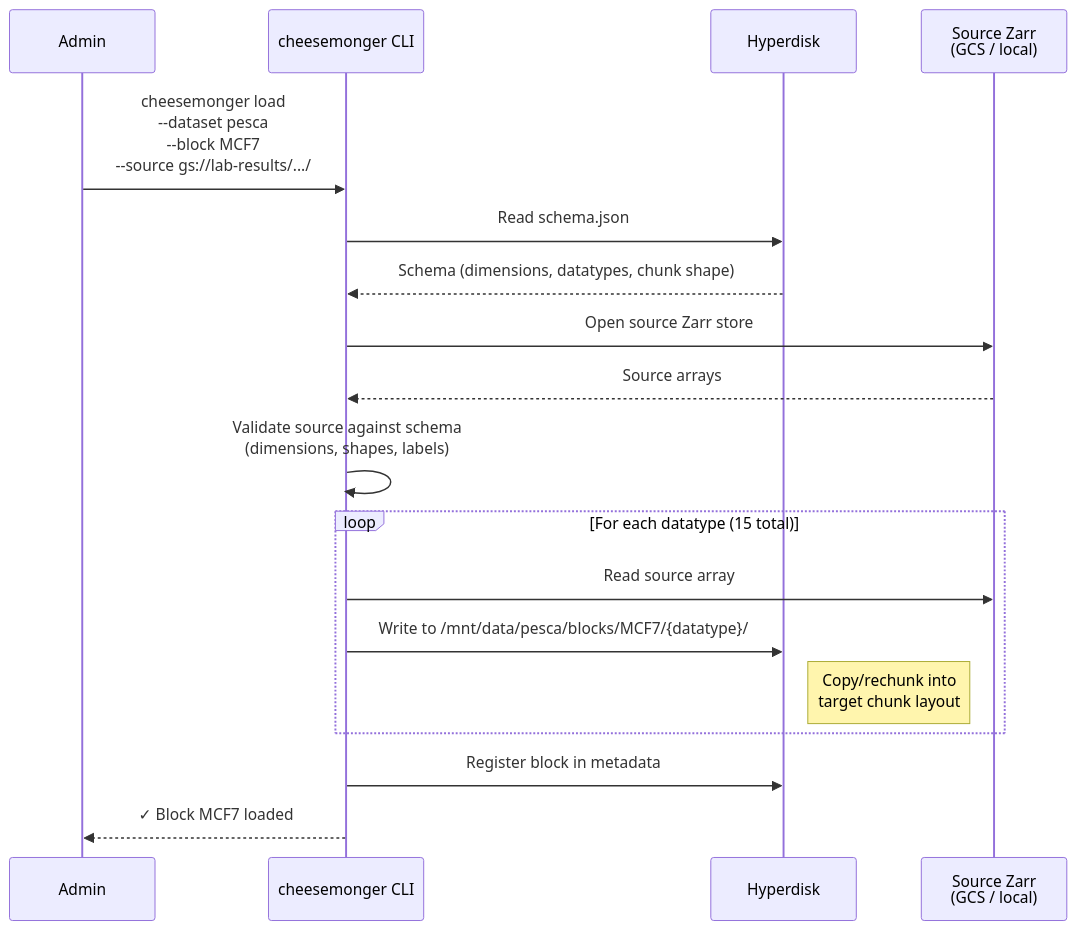
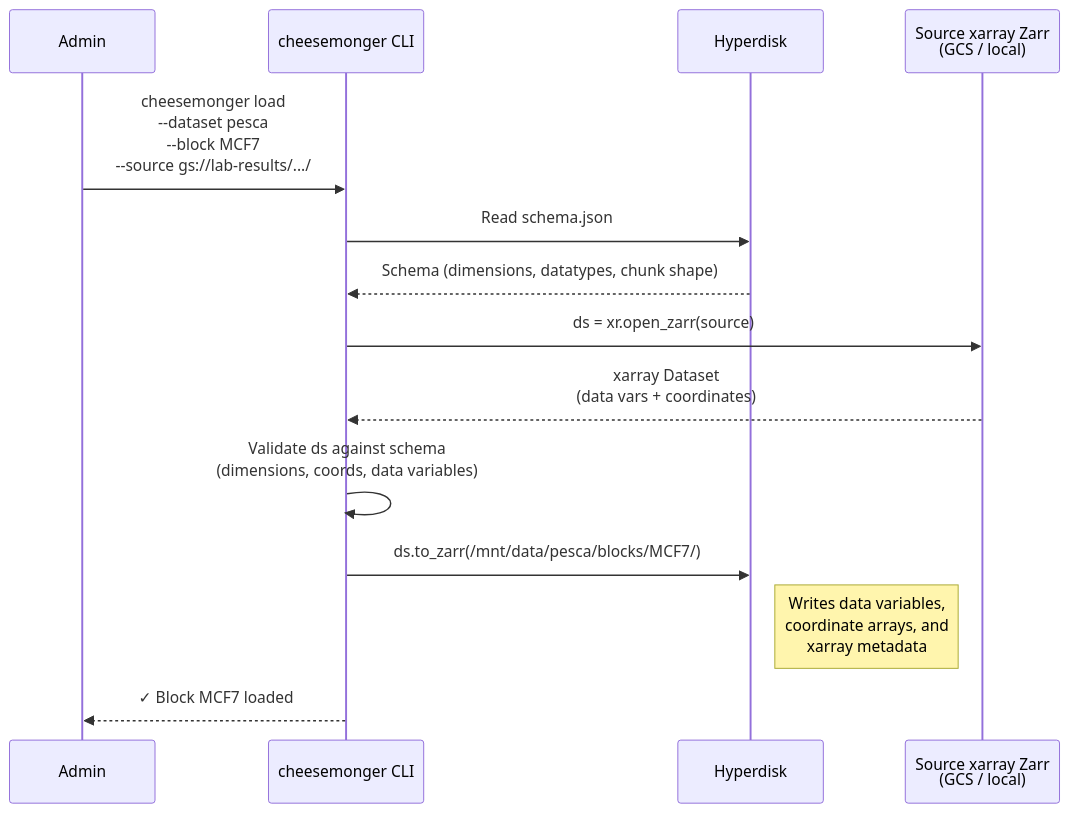
One commit to broadinstitute/cheesemonger changed the fourth of 4 diagrams in docs/architecture_diagram.md. Above: the diagram before and after it, drawn with Mermaid. The commit also changed other lines of this file and 33 other files, not shown here.

````diff
--- a/docs/architecture_diagram.md
+++ b/docs/architecture_diagram.md
@@ -166,27 +169,22 @@
 ```mermaid
 sequenceDiagram
     participant ADMIN as Admin
     participant CLI as cheesemonger CLI
     participant DISK as Hyperdisk
-    participant SRC as Source Zarr<br/>(GCS / local)
+    participant SRC as Source xarray Zarr<br/>(GCS / local)
 
     ADMIN->>CLI: cheesemonger load<br/>--dataset pesca<br/>--block MCF7<br/>--source gs://lab-results/.../
 
     CLI->>DISK: Read schema.json
     DISK-->>CLI: Schema (dimensions, datatypes, chunk shape)
 
-    CLI->>SRC: Open source Zarr store
-    SRC-->>CLI: Source arrays
+    CLI->>SRC: ds = xr.open_zarr(source)
+    SRC-->>CLI: xarray Dataset<br/>(data vars + coordinates)
 
-    CLI->>CLI: Validate source against schema<br/>(dimensions, shapes, labels)
+    CLI->>CLI: Validate ds against schema<br/>(dimensions, coords, data variables)
 
-    loop For each datatype (15 total)
-        CLI->>SRC: Read source array
-        CLI->>DISK: Write to /mnt/data/pesca/blocks/MCF7/{datatype}/
-        Note right of DISK: Copy/rechunk into<br/>target chunk layout
-    end
-
-    CLI->>DISK: Register block in metadata
+    CLI->>DISK: ds.to_zarr(/mnt/data/pesca/blocks/MCF7/)
+    Note right of DISK: Writes data variables,<br/>coordinate arrays, and<br/>xarray metadata
 
     CLI-->>ADMIN: ✓ Block MCF7 loaded
 ```
````
